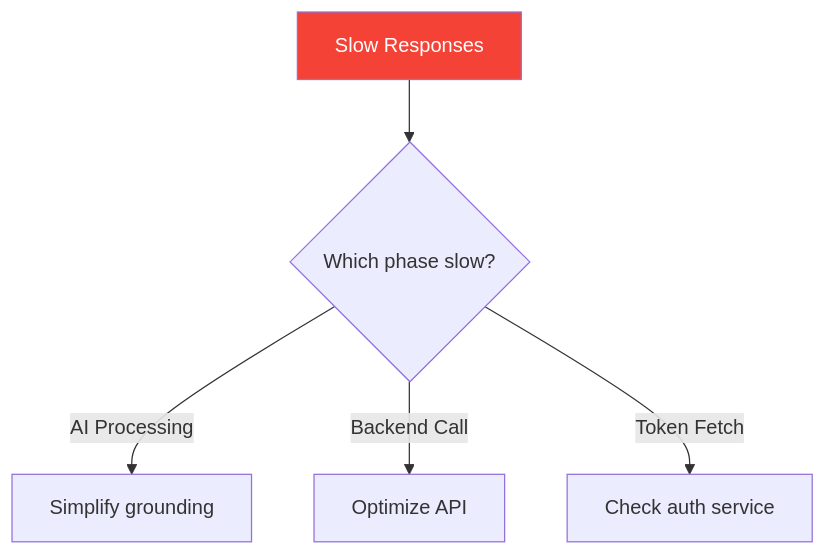
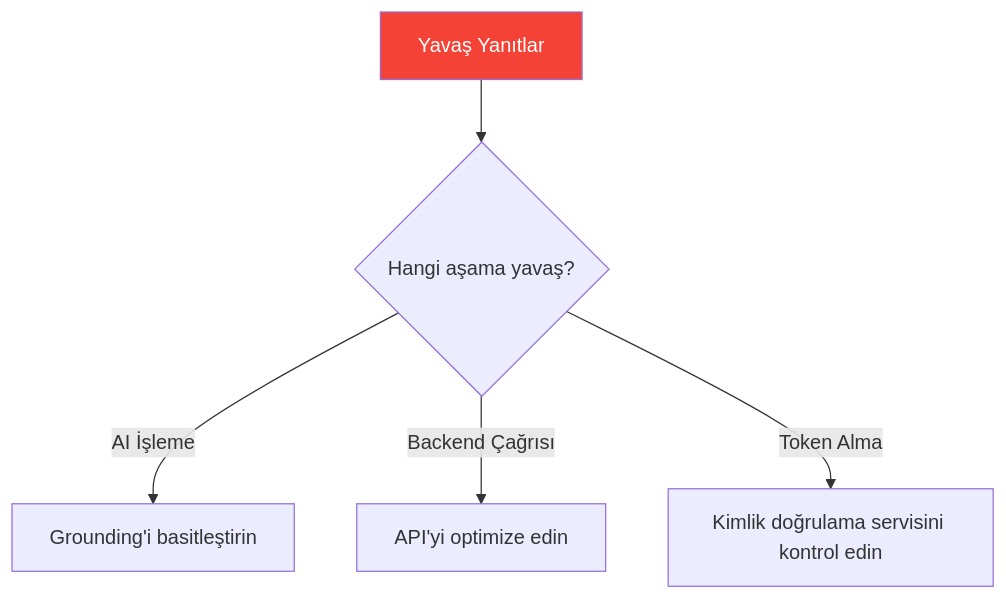
One commit to beyhanmeyrali/sap-all changed the eighth of 9 diagrams in Technical Tutorials/BTP/TR/chapters/appendix-d-troubleshooting.md. Above: the diagram before and after it, drawn with Mermaid. The commit also changed other lines of this file and 11 other files, not shown here.

````diff
--- a/Technical Tutorials/BTP/TR/chapters/appendix-d-troubleshooting.md
+++ b/Technical Tutorials/BTP/TR/chapters/appendix-d-troubleshooting.md
@@ -340,9 +340,9 @@
 ```mermaid
 flowchart TD
-    PROB[Slow Responses] --> C1{Which phase slow?}
-    C1 --> |"AI Processing"| F1[Simplify grounding]
-    C1 --> |"Backend Call"| F2[Optimize API]
-    C1 --> |"Token Fetch"| F3[Check auth service]
+    PROB[Yavaş Yanıtlar] --> C1{Hangi aşama yavaş?}
+    C1 --> |"AI İşleme"| F1[Grounding'i basitleştirin]
+    C1 --> |"Backend Çağrısı"| F2[API'yi optimize edin]
+    C1 --> |"Token Alma"| F3[Kimlik doğrulama servisini kontrol edin]
 
     style PROB fill:#f44336,color:white
 ```
````
